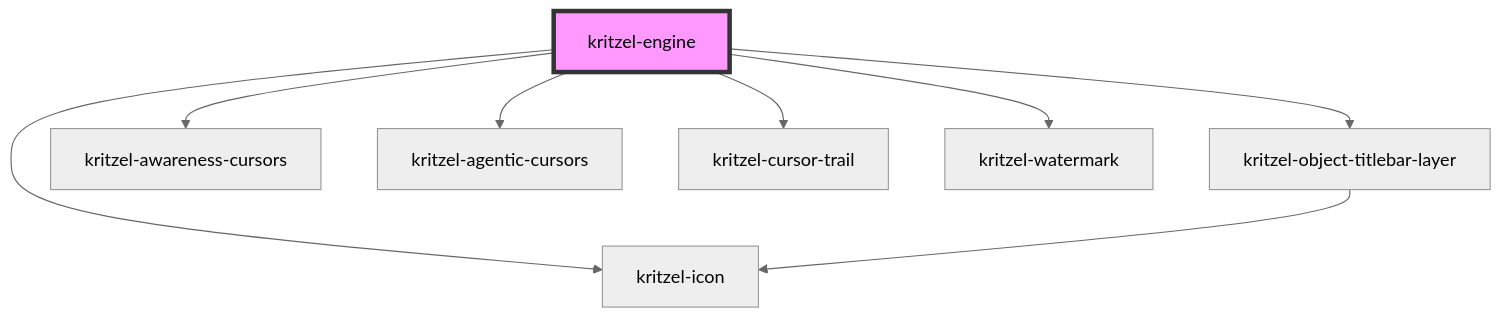
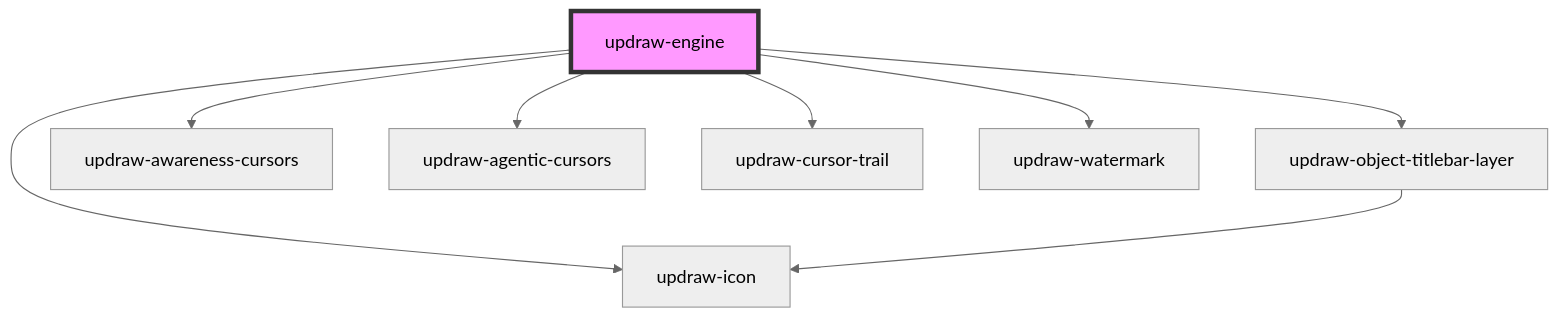
The diagram in libs/engine/core/src/components/updraw-engine/readme.md (kasual1/kritzel), drawn with Mermaid (neutral theme) before and after one commit. The commit also changed other lines of this file and 1129 other files, not shown here.

First line of the commit message:
Replace kritzel with updraw across the codebase

````diff
--- a/libs/engine/core/src/components/updraw-engine/readme.md
+++ b/libs/engine/core/src/components/updraw-engine/readme.md
@@ -1432,11 +1432,11 @@
 ```mermaid
 graph TD;
-  kritzel-engine --> kritzel-icon
-  kritzel-engine --> kritzel-object-titlebar-layer
-  kritzel-engine --> kritzel-awareness-cursors
-  kritzel-engine --> kritzel-agentic-cursors
-  kritzel-engine --> kritzel-cursor-trail
-  kritzel-engine --> kritzel-watermark
-  kritzel-object-titlebar-layer --> kritzel-icon
-  style kritzel-engine fill:#f9f,stroke:#333,stroke-width:4px
+  updraw-engine --> updraw-icon
+  updraw-engine --> updraw-object-titlebar-layer
+  updraw-engine --> updraw-awareness-cursors
+  updraw-engine --> updraw-agentic-cursors
+  updraw-engine --> updraw-cursor-trail
+  updraw-engine --> updraw-watermark
+  updraw-object-titlebar-layer --> updraw-icon
+  style updraw-engine fill:#f9f,stroke:#333,stroke-width:4px
 ```
````
